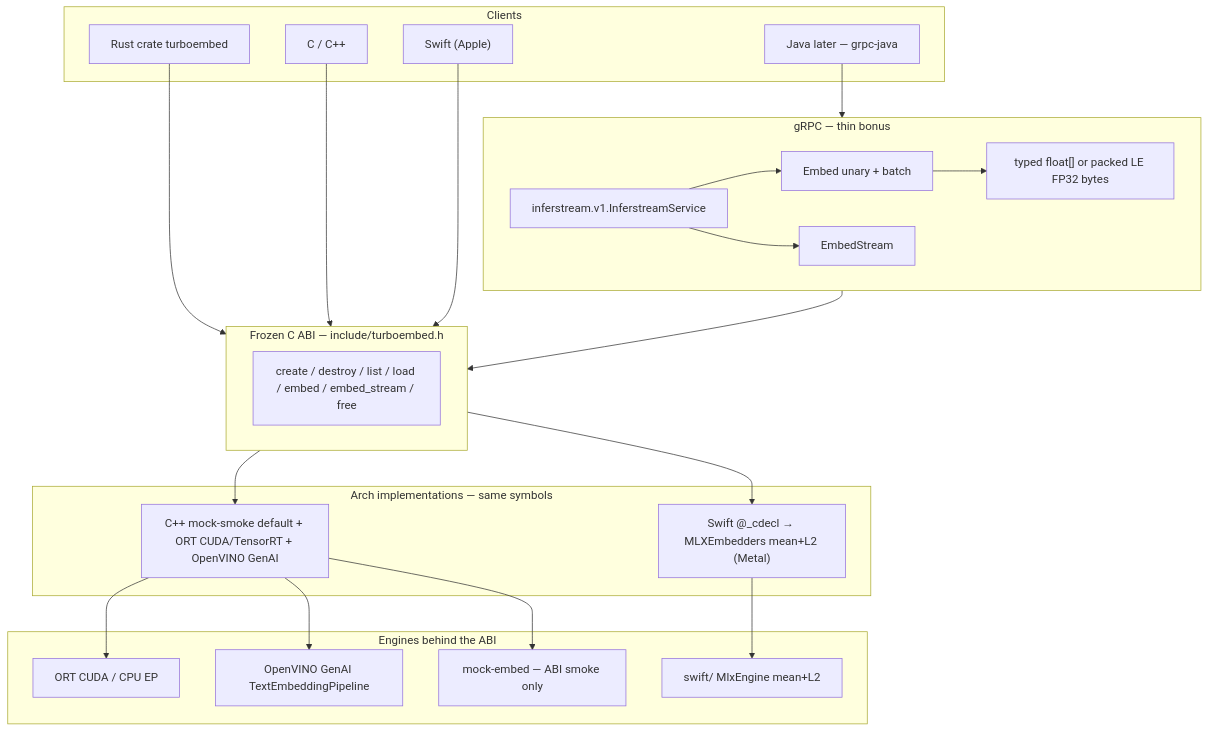
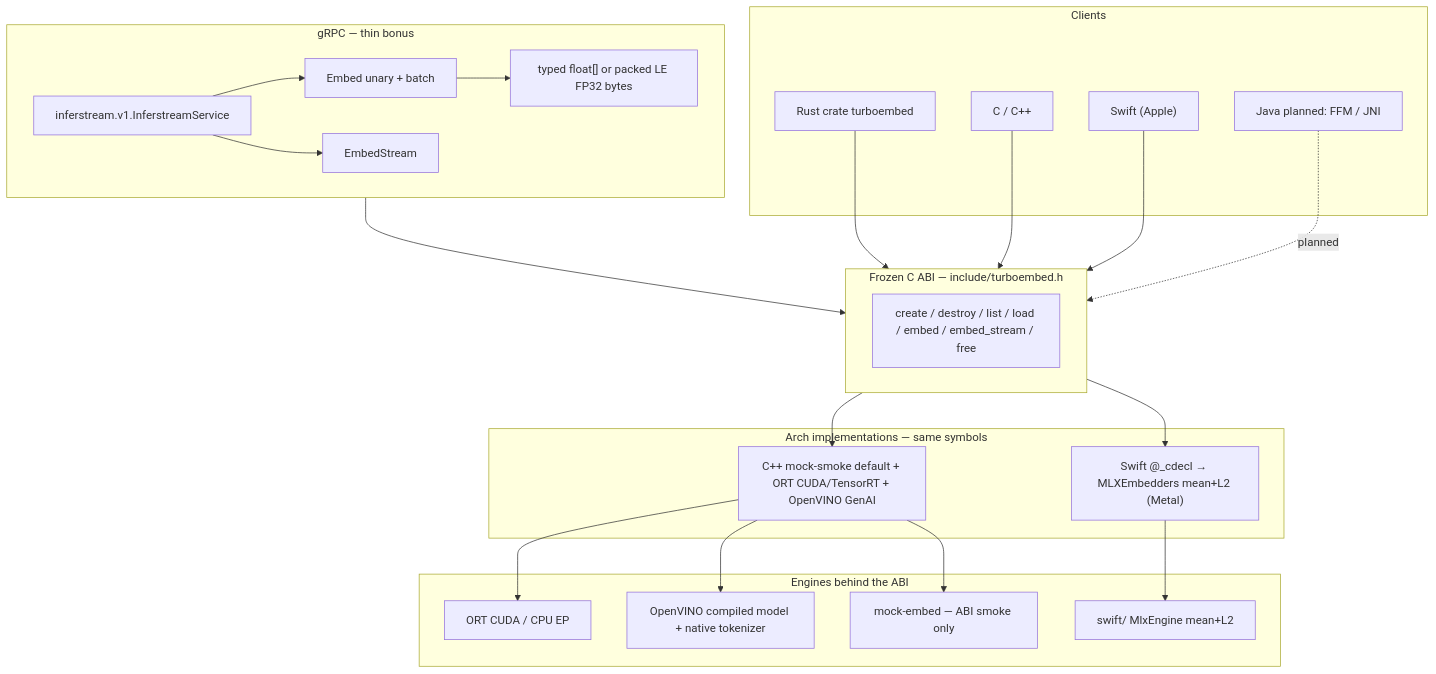
The diagram in docs/turboembed-architecture.md (ai-pipestream/turboembed), drawn with Mermaid before and after one commit. The commit also changed other lines of this file and 6 other files, not shown here.

Commit message:
docs: define native SDK roadmap and contributor contracts

````diff
--- a/docs/turboembed-architecture.md
+++ b/docs/turboembed-architecture.md
@@ -15,47 +16,47 @@
 ```mermaid
 flowchart TB
     subgraph clients [Clients]
         Rust["Rust crate turboembed"]
         C["C / C++"]
         Swift["Swift (Apple)"]
-        Java["Java later — grpc-java"]
+        Java["Java planned: FFM / JNI"]
     end
 
     subgraph grpc [gRPC — thin bonus]
         Ext["inferstream.v1.InferstreamService"]
         Embed["Embed unary + batch"]
         Stream["EmbedStream"]
         Packed["typed float[] or packed LE FP32 bytes"]
     end
 
     subgraph abi [Frozen C ABI — include/turboembed.h]
         H["create / destroy / list / load / embed / embed_stream / free"]
     end
 
     subgraph impl [Arch implementations — same symbols]
         Cpp["C++ mock-smoke default + ORT CUDA/TensorRT + OpenVINO GenAI"]
         Mlx["Swift @_cdecl → MLXEmbedders mean+L2 (Metal)"]
     end
 
     subgraph engines [Engines behind the ABI]
         ORT["ORT CUDA / CPU EP"]
-        GenAI["OpenVINO GenAI TextEmbeddingPipeline"]
+        GenAI["OpenVINO compiled model + native tokenizer"]
         Apple["swift/ MlxEngine mean+L2"]
         Mock["mock-embed — ABI smoke only"]
     end
 
     Rust --> abi
     C --> abi
     Swift --> abi
-    Java --> grpc
+    Java -. planned .-> abi
     grpc --> abi
     Ext --> Embed
     Ext --> Stream
     Embed --> Packed
     abi --> Cpp
     abi --> Mlx
     Cpp --> ORT
     Cpp --> GenAI
     Cpp --> Mock
     Mlx --> Apple
 ```
````
